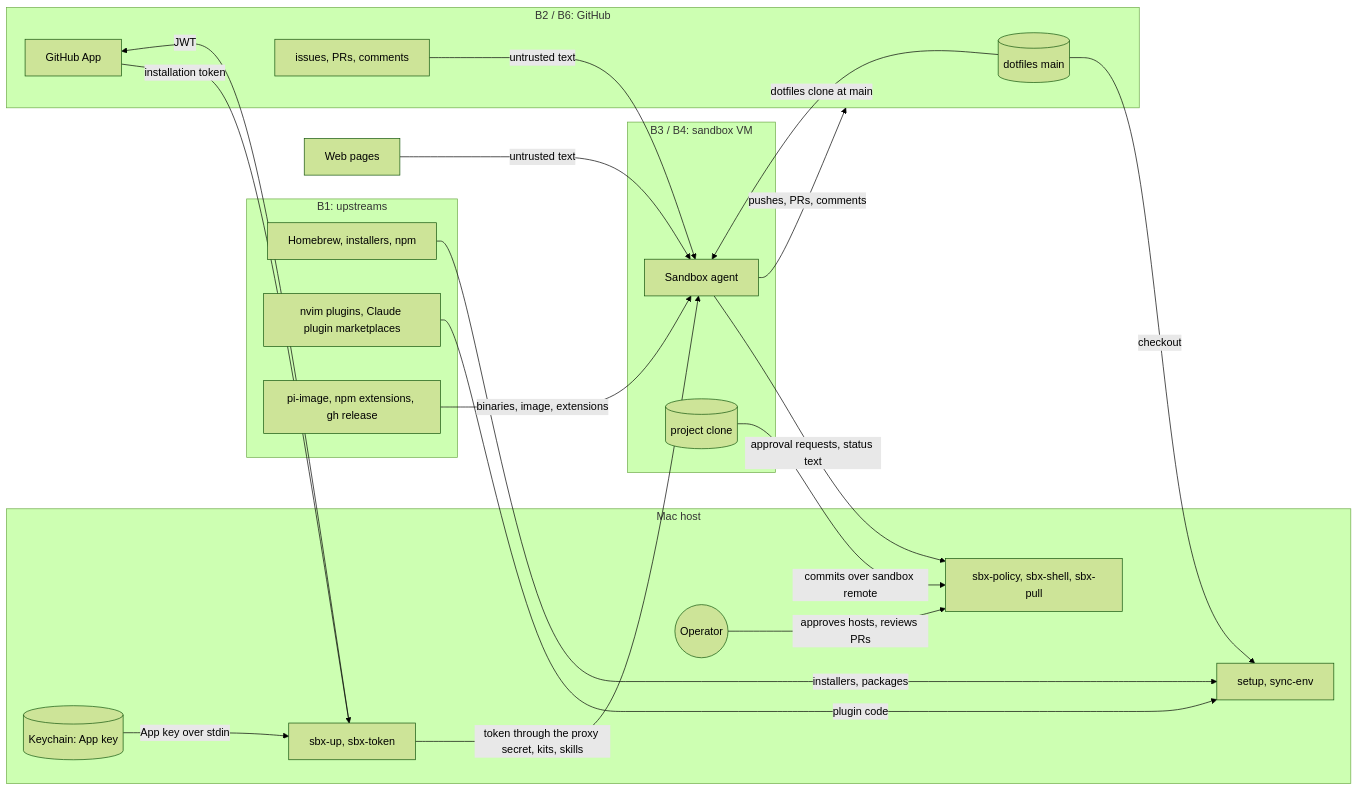
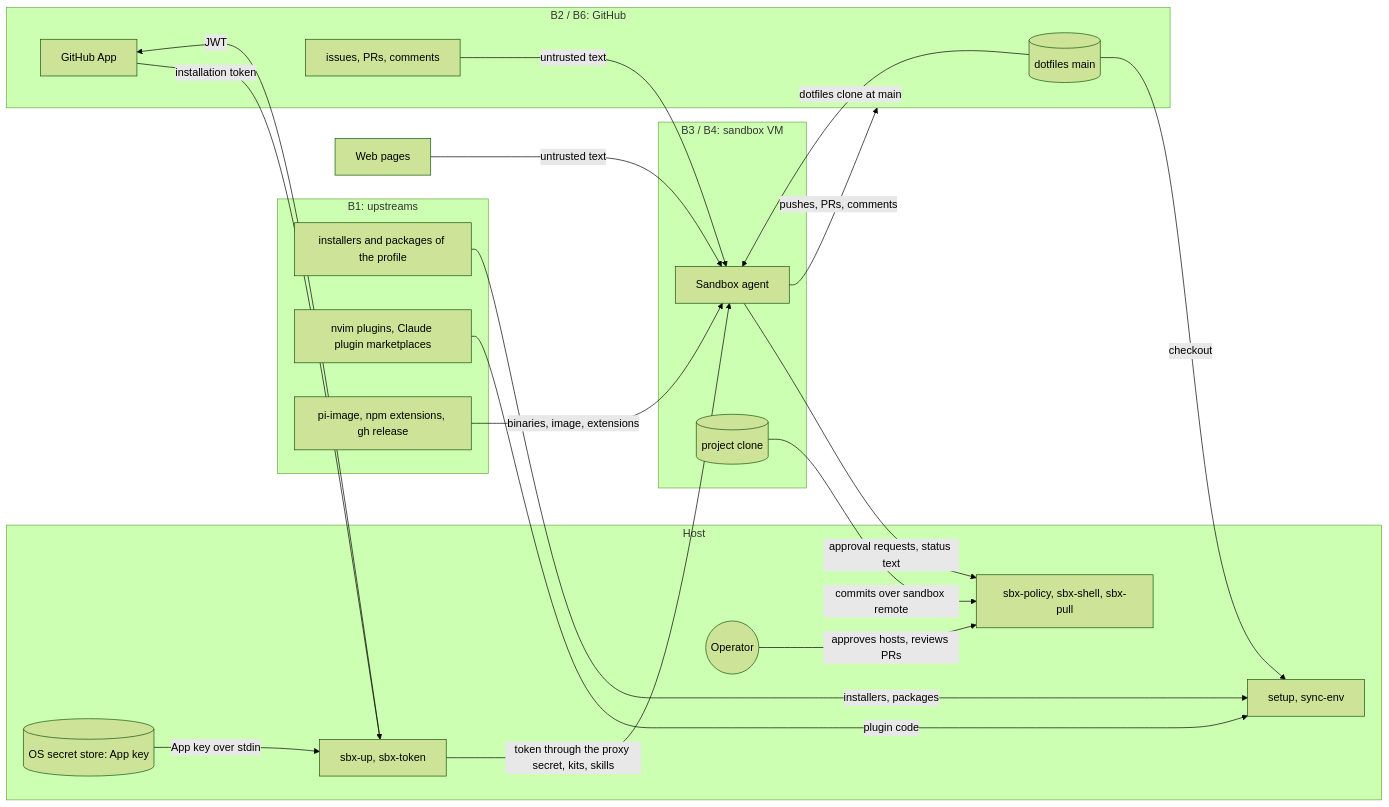
One commit to domtriola/dotfiles changed the diagram in docs/threat-model/product.md. Above: the diagram before and after it, drawn with Mermaid (forest theme). The commit also changed other lines of this file and 3 other files, not shown here.

````diff
--- a/docs/threat-model/product.md
+++ b/docs/threat-model/product.md
@@ -93,41 +92,41 @@
 ```mermaid
 flowchart LR
   subgraph Internet["B1: upstreams"]
-    brew[Homebrew, installers, npm]
+    brew[installers and packages of the profile]
     plugins[nvim plugins, Claude plugin marketplaces]
     image[pi-image, npm extensions, gh release]
   end
   subgraph GitHub["B2 / B6: GitHub"]
     main[(dotfiles main)]
     issues[issues, PRs, comments]
     app[GitHub App]
   end
-  subgraph Mac["Mac host"]
+  subgraph Host["Host"]
     op((Operator))
     setup[setup, sync-env]
     sbxup[sbx-up, sbx-token]
-    keychain[(Keychain: App key)]
+    keychain[(OS secret store: App key)]
     policy[sbx-policy, sbx-shell, sbx-pull]
   end
   subgraph Sandbox["B3 / B4: sandbox VM"]
     agent[Sandbox agent]
     clone[(project clone)]
   end
   web[Web pages]
 
   brew -- installers, packages --> setup
   plugins -- plugin code --> setup
   main -- checkout --> setup
   keychain -- App key over stdin --> sbxup
   sbxup -- JWT --> app
   app -- installation token --> sbxup
   sbxup -- token through the proxy secret, kits, skills --> agent
   main -- dotfiles clone at main --> agent
   image -- binaries, image, extensions --> agent
   issues -- untrusted text --> agent
   web -- untrusted text --> agent
   agent -- pushes, PRs, comments --> GitHub
   agent -- approval requests, status text --> policy
   clone -- commits over sandbox remote --> policy
   op -- approves hosts, reviews PRs --> policy
 ```
````
